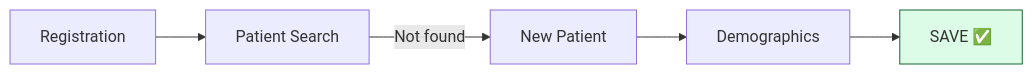
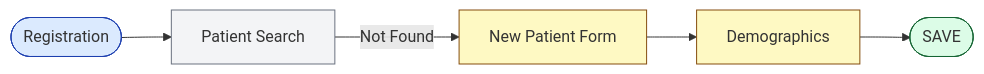
One commit to npnatt12/KMCH-HIS-Wiki changed the diagram in public/charts/new-patient-registration.mmd. Above: the diagram before and after it, drawn with Mermaid. The commit also changed 96 other files, not shown here.

First line of the commit message:
feat(portal): Phase 2 complete — cheat sheets, charts, and routes

```diff
--- a/public/charts/new-patient-registration.mmd
+++ b/public/charts/new-patient-registration.mmd
@@ -1,6 +1,10 @@
 graph LR
-  A[Registration] --> B[Patient Search]
-  B -->|Not found| C[New Patient]
+  A([Registration]) --> B[Patient Search]
+  B -->|Not Found| C[New Patient Form]
   C --> D[Demographics]
-  D --> E[SAVE ✅]
+  D --> E([SAVE])
+  style A fill:#dbeafe,stroke:#1e40af
+  style B fill:#f3f4f6,stroke:#6b7280
+  style C fill:#fef9c3,stroke:#854d0e
+  style D fill:#fef9c3,stroke:#854d0e
   style E fill:#dcfce7,stroke:#166534
```
